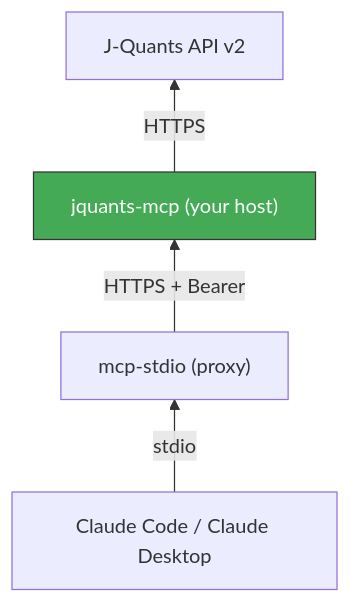
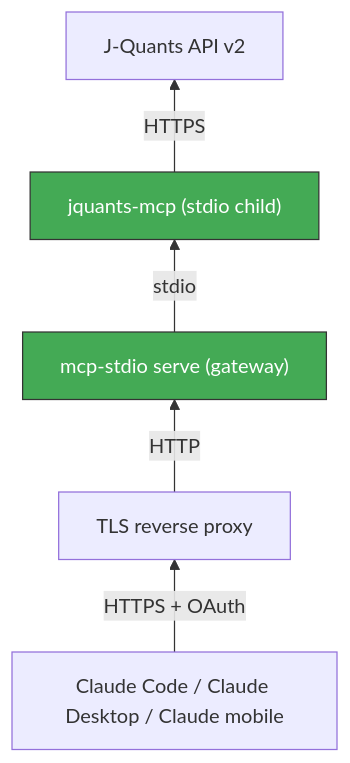
The fourth of 5 diagrams in docs/deploy/README.md (shigechika/jquants-mcp), drawn with Mermaid before and after one commit. The commit also changed other lines of this file and 14 other files, not shown here.

First line of the commit message:
docs: stop documenting the deleted HTTP/OAuth surface (#605)

````diff
--- a/docs/deploy/README.md
+++ b/docs/deploy/README.md
@@ -79,13 +84,16 @@
 ```mermaid
 graph BT
-    D["J-Quants API v2"]
-    C["jquants-mcp (your host)"]
-    B["mcp-stdio (proxy)"]
-    A["Claude Code / Claude Desktop"]
+    E["J-Quants API v2"]
+    D["jquants-mcp (stdio child)"]
+    C["mcp-stdio serve (gateway)"]
+    B["TLS reverse proxy"]
+    A["Claude Code / Claude Desktop / Claude mobile"]
 
-    A -->|stdio| B
-    B -->|"HTTPS + Bearer"| C
-    C -->|HTTPS| D
+    A -->|"HTTPS + OAuth"| B
+    B -->|HTTP| C
+    C -->|stdio| D
+    D -->|HTTPS| E
 
     style C fill:#4a5,stroke:#333,color:#fff
+    style D fill:#4a5,stroke:#333,color:#fff
 ```
````
